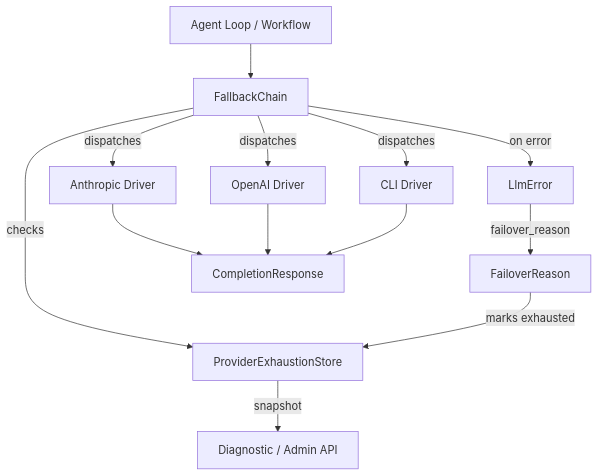
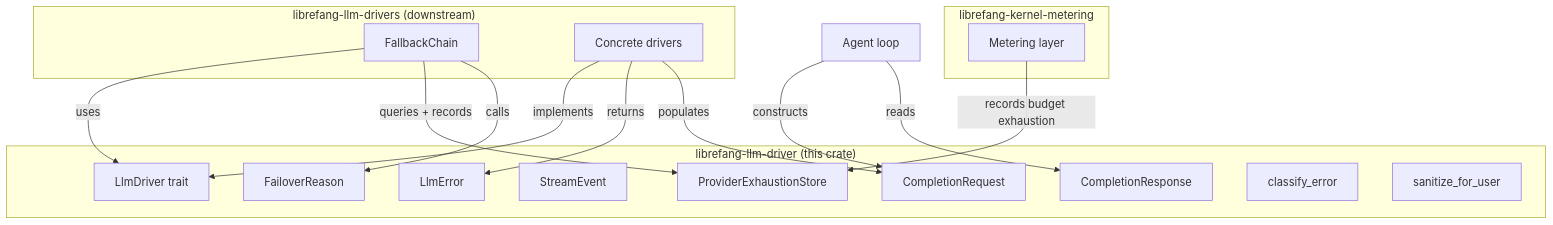
One commit to leszek3737/librefang-WIki changed the diagram in llm-drivers-librefang-llm-driver-src.md. Above: the diagram before and after it, drawn with Mermaid. The commit also changed other lines of this file and 122 other files, not shown here.

````diff
--- a/llm-drivers-librefang-llm-driver-src.md
+++ b/llm-drivers-librefang-llm-driver-src.md
@@ -9,15 +15,33 @@
 ```mermaid
 graph TD
-    Caller[Agent Loop / Workflow] --> FC[FallbackChain]
-    FC -->|checks| EXS[ProviderExhaustionStore]
-    FC -->|dispatches| D1[Anthropic Driver]
-    FC -->|dispatches| D2[OpenAI Driver]
-    FC -->|dispatches| D3[CLI Driver]
-    FC -->|on error| LLE[LlmError]
-    LLE -->|failover_reason| FR[FailoverReason]
-    FR -->|marks exhausted| EXS
-    EXS -->|snapshot| SN[Diagnostic / Admin API]
-    D1 --> CR[CompletionResponse]
-    D2 --> CR
-    D3 --> CR
+    subgraph "librefang-llm-driver (this crate)"
+        LD[LlmDriver trait]
+        CR[CompletionRequest]
+        CS[CompletionResponse]
+        SE[StreamEvent]
+        LE[LlmError]
+        FR[FailoverReason]
+        PES[ProviderExhaustionStore]
+        CE[classify_error]
+        SFU[sanitize_for_user]
+    end
+
+    subgraph "librefang-llm-drivers (downstream)"
+        FC[FallbackChain]
+        DR[Concrete drivers]
+    end
+
+    subgraph "librefang-kernel-metering"
+        ML[Metering layer]
+    end
+
+    FC -->|uses| LD
+    FC -->|queries + records| PES
+    FC -->|calls| FR
+    DR -->|implements| LD
+    DR -->|returns| LE
+    DR -->|populates| CR
+    ML -->|records budget exhaustion| PES
+    AL[Agent loop] -->|constructs| CR
+    AL -->|reads| CS
 ```
````
